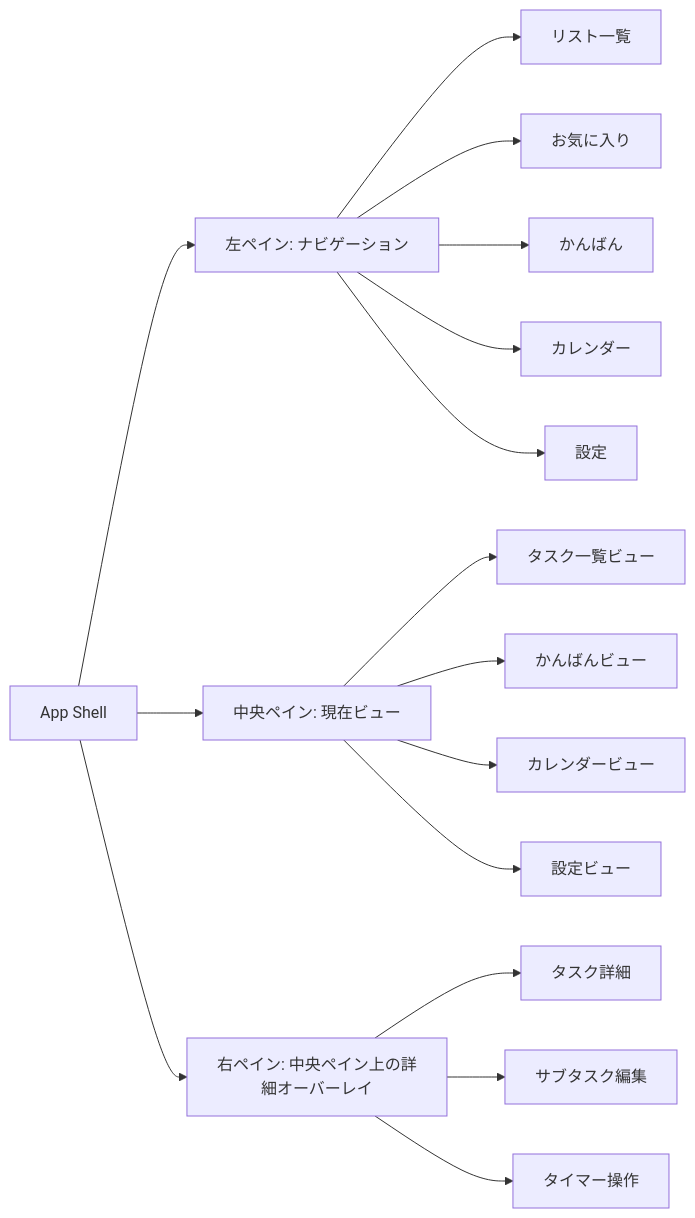
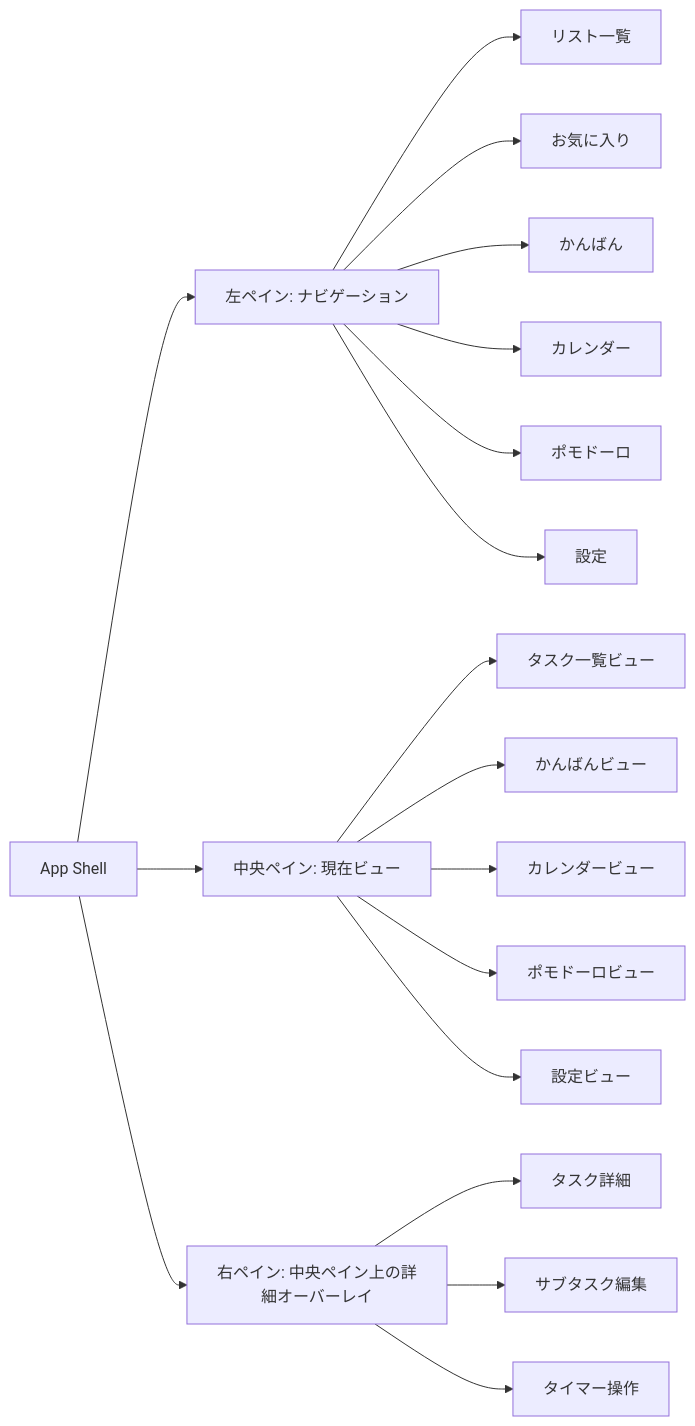
Before and after one commit to yt-hsgw/TaskTimer: the first of 2 diagrams in docs/ui-ux-redesign.md, drawn with Mermaid. The commit also changed other lines of this file and 5 other files, not shown here.

````diff
--- a/docs/ui-ux-redesign.md
+++ b/docs/ui-ux-redesign.md
@@ -58,26 +59,28 @@
 ```mermaid
 flowchart LR
   App["App Shell"]
   Left["左ペイン: ナビゲーション"]
   Center["中央ペイン: 現在ビュー"]
   Right["右ペイン: 中央ペイン上の詳細オーバーレイ"]
 
   App --> Left
   App --> Center
   App --> Right
 
   Left --> Lists["リスト一覧"]
   Left --> Favorite["お気に入り"]
   Left --> BoardNav["かんばん"]
   Left --> CalendarNav["カレンダー"]
+  Left --> PomodoroNav["ポモドーロ"]
   Left --> SettingsNav["設定"]
 
   Center --> TaskList["タスク一覧ビュー"]
   Center --> KanbanView["かんばんビュー"]
   Center --> CalendarView["カレンダービュー"]
+  Center --> PomodoroView["ポモドーロビュー"]
   Center --> SettingsView["設定ビュー"]
 
   Right --> TaskDetail["タスク詳細"]
   Right --> SubtaskEditor["サブタスク編集"]
   Right --> TimerControls["タイマー操作"]
 ```
````
